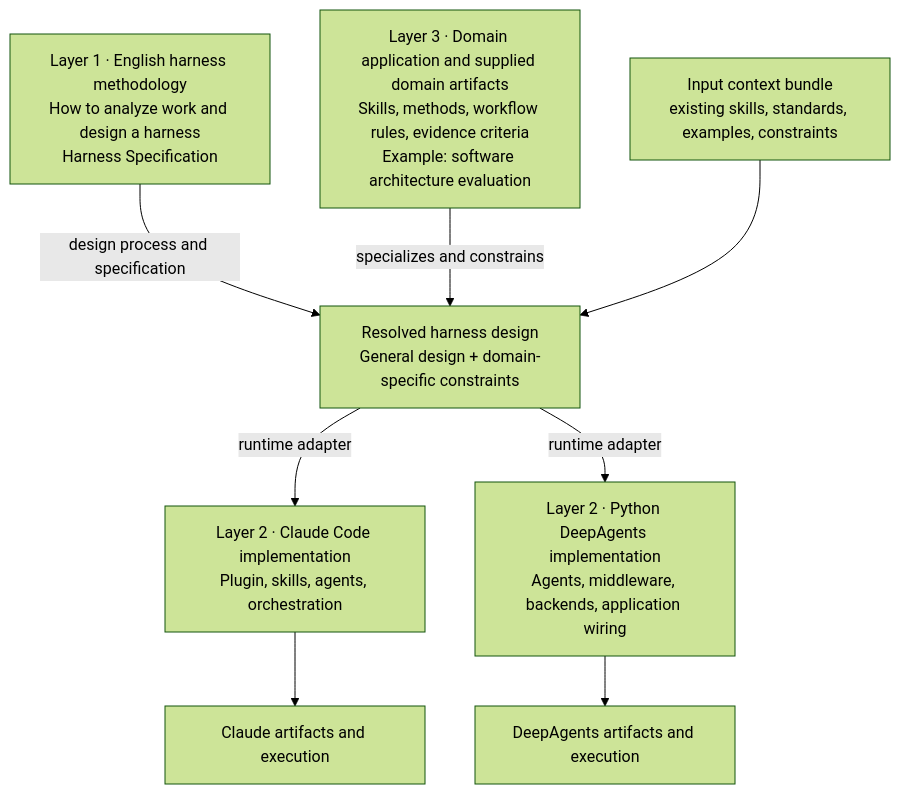
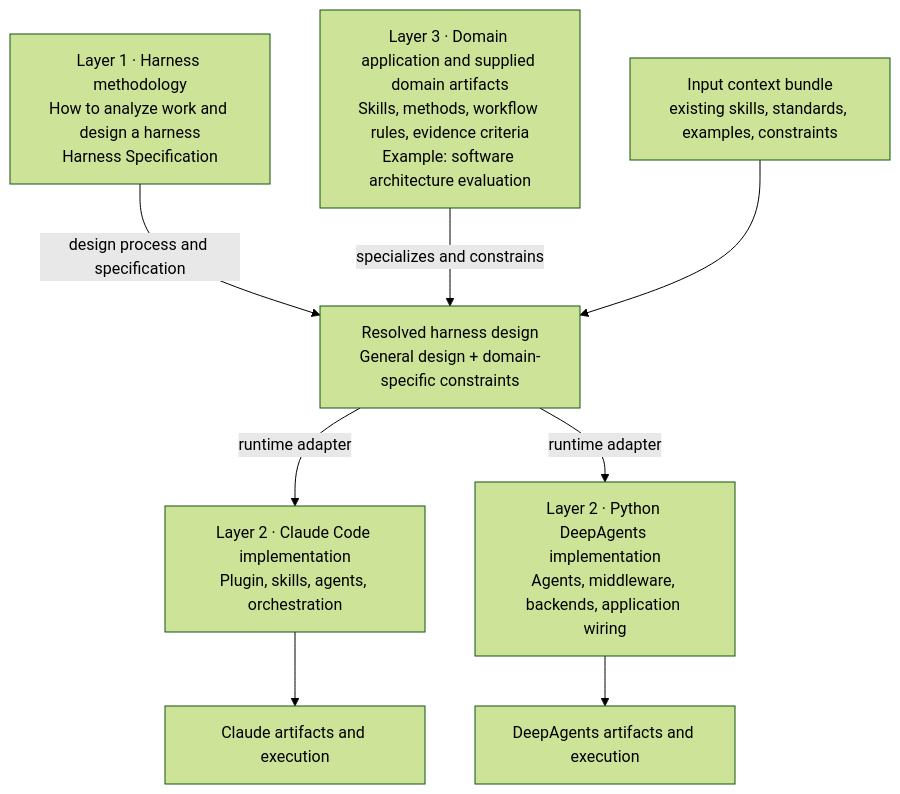
The first of 3 diagrams in docs/consolidation-plan.md (andresdp/harness-weaver), drawn with Mermaid (forest theme) before and after one commit. The commit also changed other lines of this file and 34 other files, not shown here.

````diff
--- a/docs/consolidation-plan.md
+++ b/docs/consolidation-plan.md
@@ -22,19 +22,19 @@
 ```mermaid
 flowchart TB
-    M["Layer 1 · English harness methodology<br/>How to analyze work and design a harness<br/>Harness Specification"]
+    M["Layer 1 · Harness methodology<br/>How to analyze work and design a harness<br/>Harness Specification"]
     D["Layer 3 · Domain application and supplied domain artifacts<br/>Skills, methods, workflow rules, evidence criteria<br/>Example: software architecture evaluation"]
     I["Input context bundle<br/>existing skills, standards, examples, constraints"]
     S["Resolved harness design<br/>General design + domain-specific constraints"]
     C["Layer 2 · Claude Code implementation<br/>Plugin, skills, agents, orchestration"]
     P["Layer 2 · Python DeepAgents implementation<br/>Agents, middleware, backends, application wiring"]
     O1["Claude artifacts and execution"]
     O2["DeepAgents artifacts and execution"]
 
     M -->|"design process and specification"| S
     D -->|"specializes and constrains"| S
     I --> S
     S -->|"runtime adapter"| C
     S -->|"runtime adapter"| P
     C --> O1
     P --> O2
 ```
````
